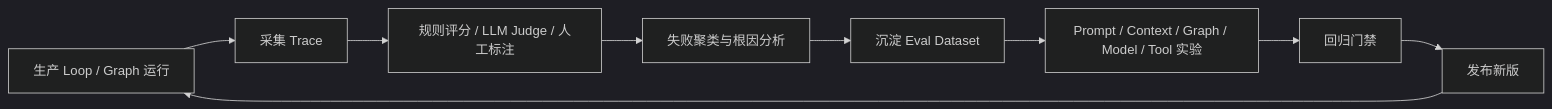
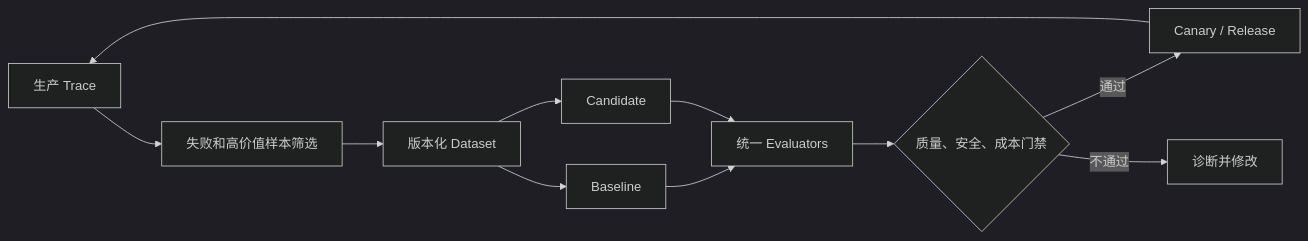
One commit to cdavid817/agent-book changed the fifth of 11 diagrams in 附录/附录22-主流LoopEngineering系统全景.md. Above: the diagram before and after it, drawn with Mermaid (dark theme). The commit also changed other lines of this file, not shown here.

````diff
--- a/附录/附录22-主流LoopEngineering系统全景.md
+++ b/附录/附录22-主流LoopEngineering系统全景.md
@@ -2303,11 +2129,13 @@
 ```mermaid
 flowchart LR
-    Run["生产 Loop / Graph 运行"] --> Trace["采集 Trace"]
-    Trace --> Score["规则评分 / LLM Judge / 人工标注"]
-    Score --> Failure["失败聚类与根因分析"]
-    Failure --> Dataset["沉淀 Eval Dataset"]
-    Dataset --> Experiment["Prompt / Context / Graph / Model / Tool 实验"]
-    Experiment --> Gate["回归门禁"]
-    Gate --> Deploy["发布新版"]
-    Deploy --> Run
+    P["生产 Trace"] --> F["失败和高价值样本筛选"]
+    F --> D["版本化 Dataset"]
+    D --> B["Baseline"]
+    D --> C["Candidate"]
+    B --> E["统一 Evaluators"]
+    C --> E
+    E --> G{"质量、安全、成本门禁"}
+    G -->|"通过"| R["Canary / Release"]
+    G -->|"不通过"| X["诊断并修改"]
+    R --> P
 ```
````
